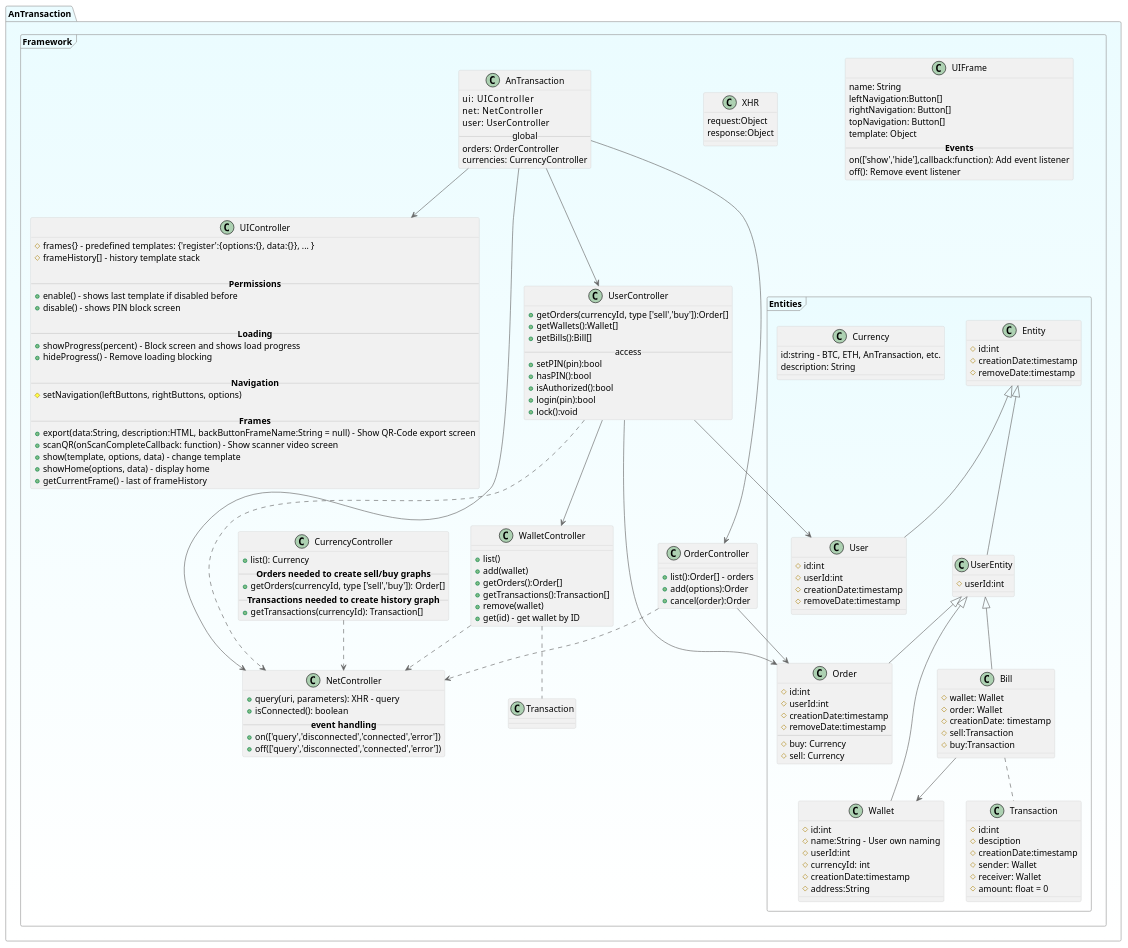
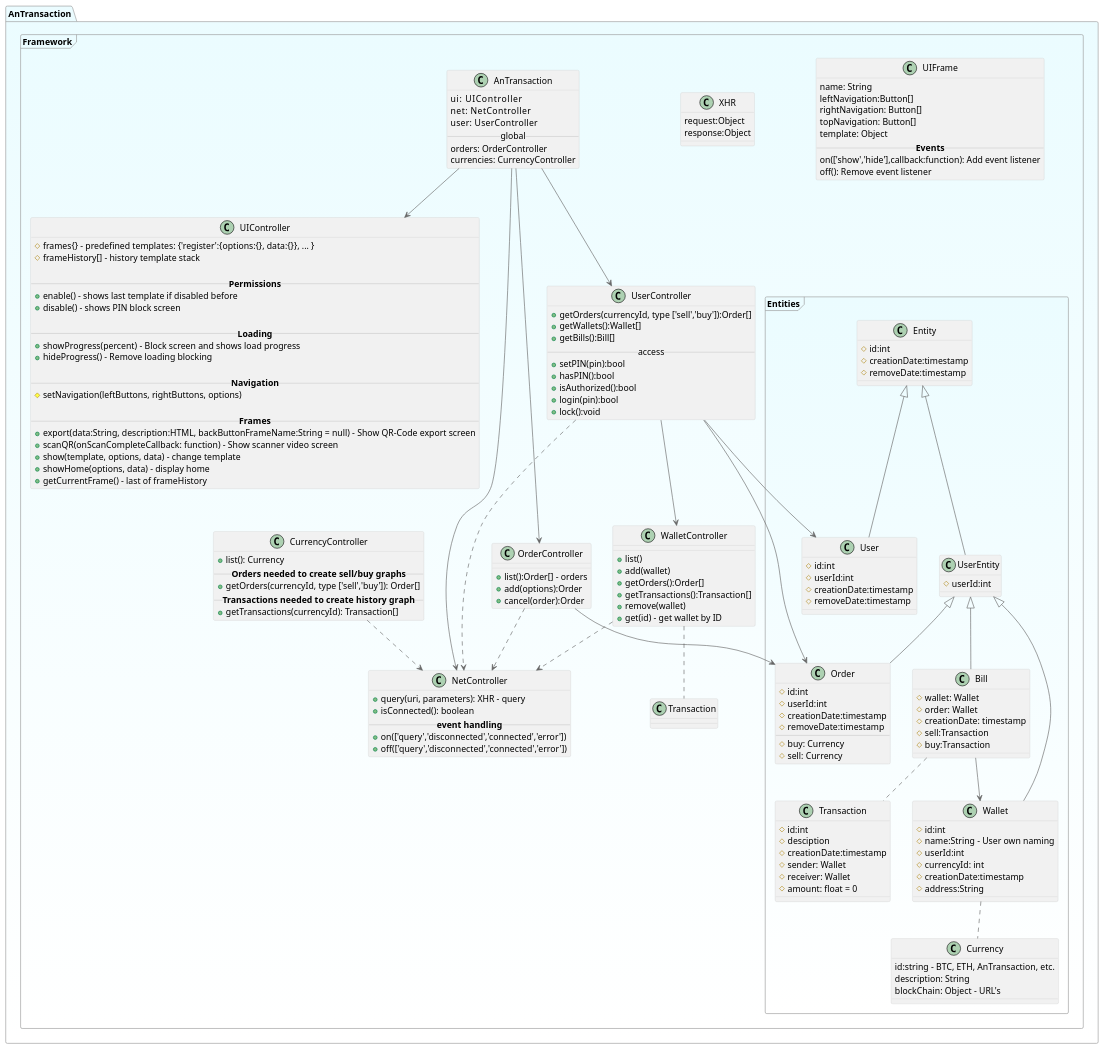
One commit to eSlider/antx-frontend changed the diagram in docs/front-end.puml. Above: the diagram before and after it, drawn with PlantUML.

Commit message:
Fix currency design

```diff
--- a/docs/front-end.puml
+++ b/docs/front-end.puml
@@ -123,6 +123,7 @@
   class Currency {
     id:string - BTC, ETH, AnTransaction, etc.
     description: String
+    blockChain: Object - URL's
   }
   
   class Transaction{
@@ -170,6 +171,7 @@
   
   Bill --> Wallet
   Bill .. Transaction
+  Wallet .. Currency
   
    OrderController --> Order
    UserController --> WalletController
```
